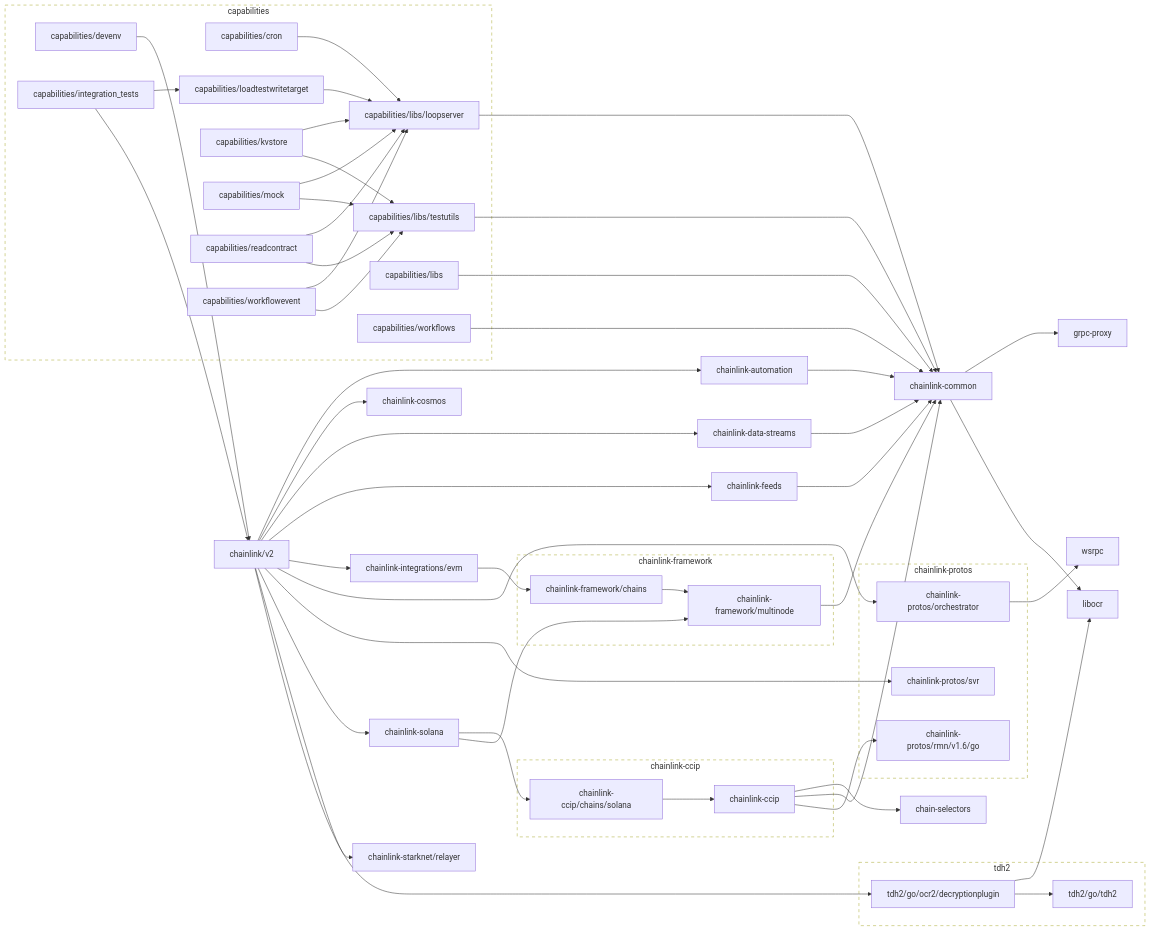
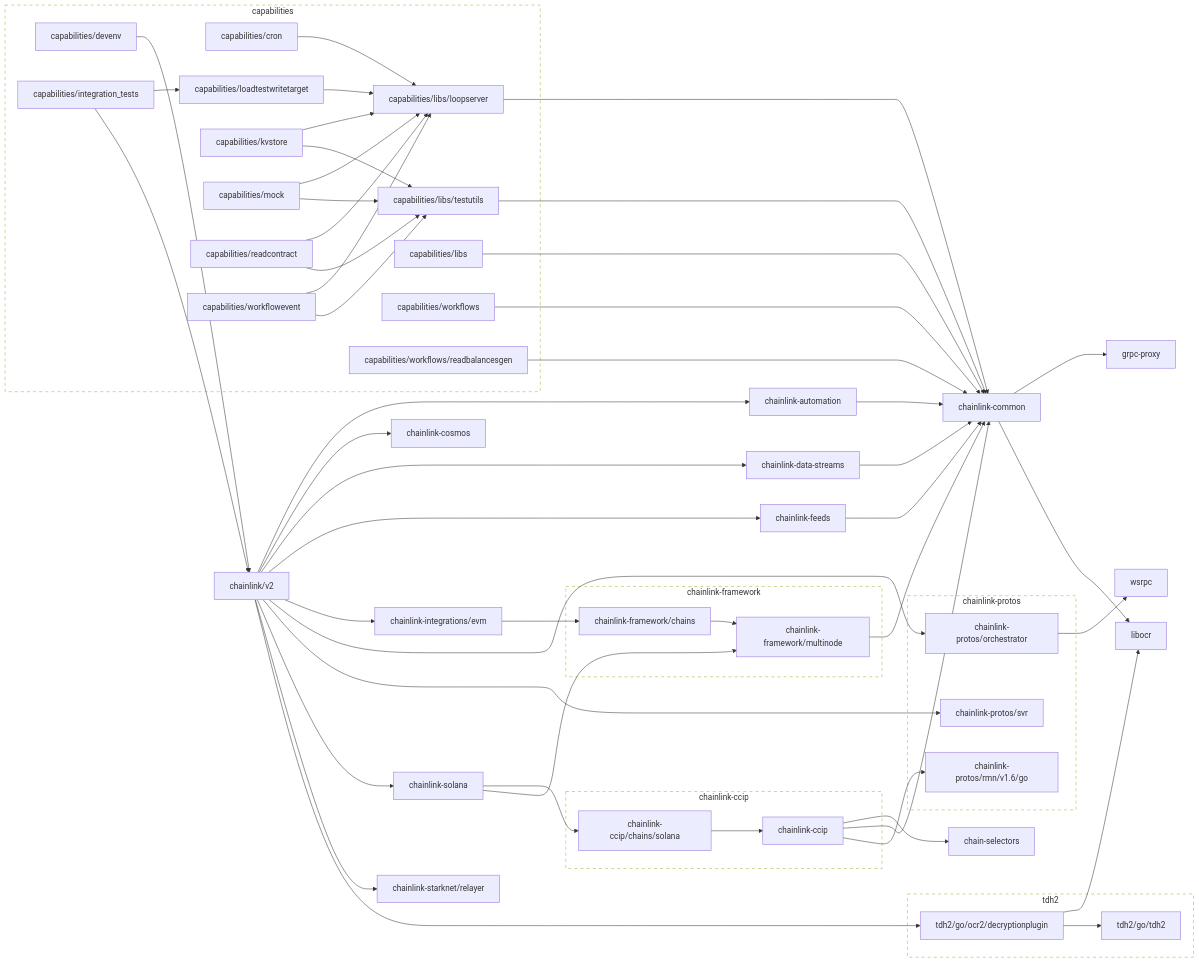
The diagram in go.md (smartcontractkit/capabilities), drawn with Mermaid before and after one commit. The commit also changed 2 other files, not shown here.

```diff
--- a/go.md
+++ b/go.md
@@ -31,6 +31,8 @@
 	click capabilities/workflowevent href "https://github.com/smartcontractkit/capabilities"
 	capabilities/workflows --> chainlink-common
 	click capabilities/workflows href "https://github.com/smartcontractkit/capabilities"
+	capabilities/workflows/readbalancesgen --> chainlink-common
+	click capabilities/workflows/readbalancesgen href "https://github.com/smartcontractkit/capabilities"
 	chain-selectors
 	click chain-selectors href "https://github.com/smartcontractkit/chain-selectors"
 	chainlink-automation --> chainlink-common
@@ -103,6 +105,7 @@
 		 capabilities/readcontract
 		 capabilities/workflowevent
 		 capabilities/workflows
+		 capabilities/workflows/readbalancesgen
 	end
 	click capabilities-repo href "https://github.com/smartcontractkit/capabilities"
 
```
